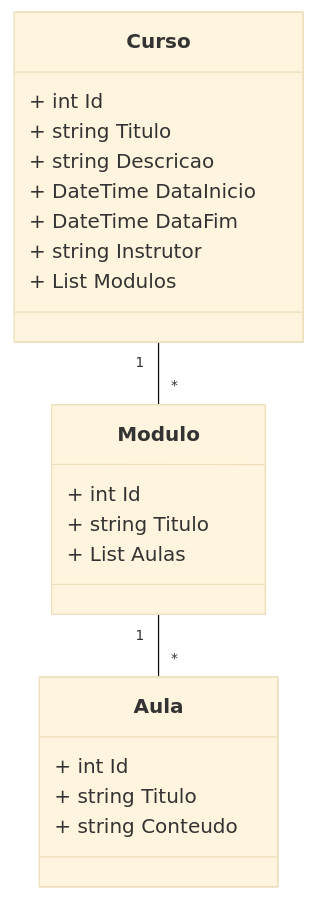
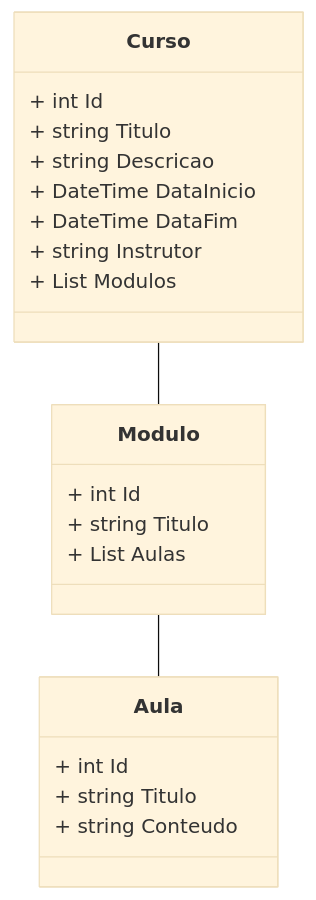
The diagram in README.md (VictorAntunesJ/Api-SistemaCursosDistancia), drawn with Mermaid (base theme) before and after one commit.

````diff
--- a/README.md
+++ b/README.md
@@ -3,28 +3,28 @@
 ```mermaid
 classDiagram
 
 class Curso {
   + int Id
   + string Titulo
   + string Descricao
   + DateTime DataInicio
   + DateTime DataFim
   + string Instrutor
   + List<Modulo> Modulos
 }
 
 class Modulo {
   + int Id
   + string Titulo
   + List<Aula> Aulas
 }
 
 class Aula {
   + int Id
   + string Titulo
   + string Conteudo
 }
 
-Curso "1" -- "*" Modulo
-Modulo "1" -- "*" Aula  
+Curso "" -- "" Modulo
+Modulo "" -- "" Aula  
 ```
````
